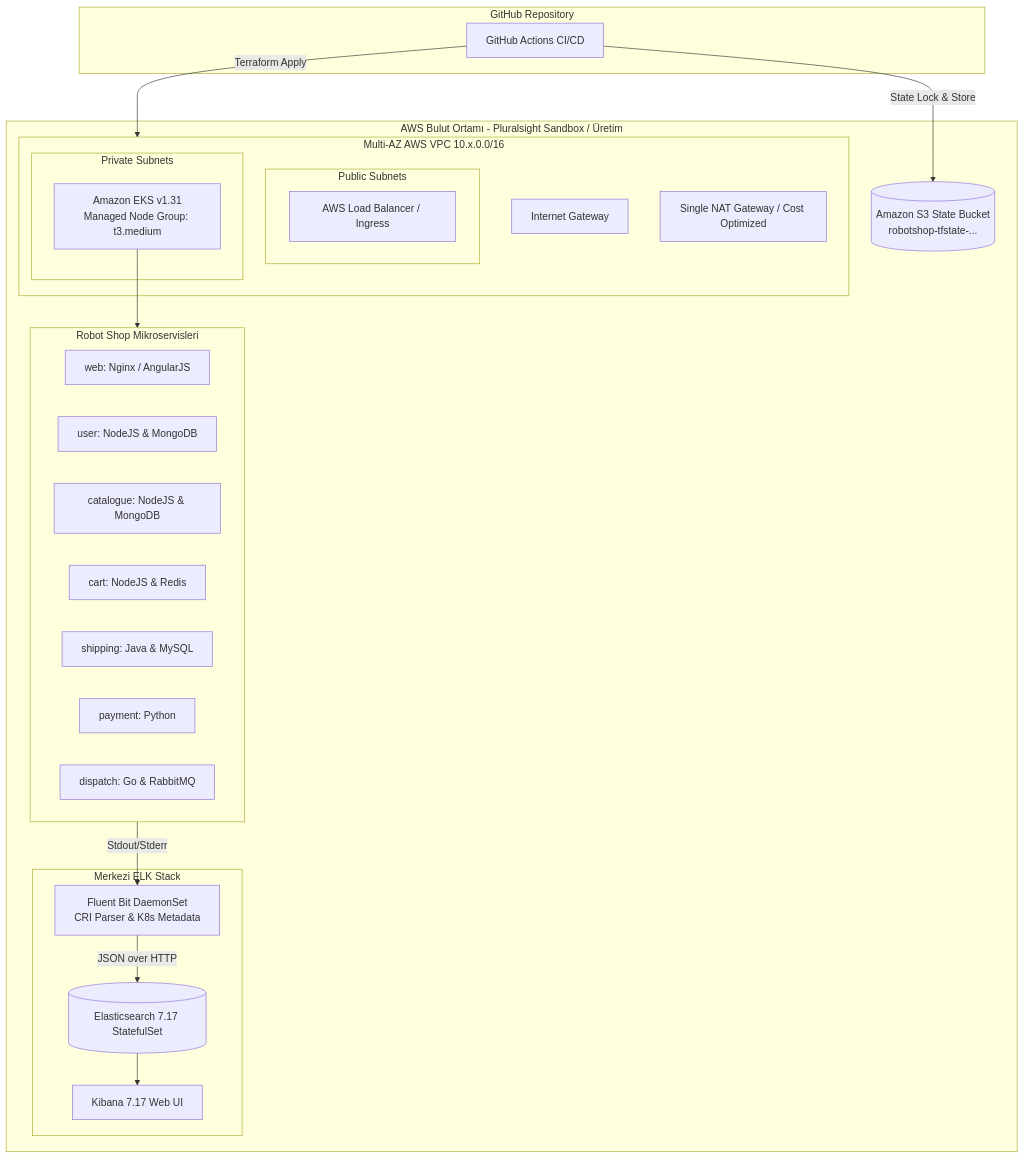
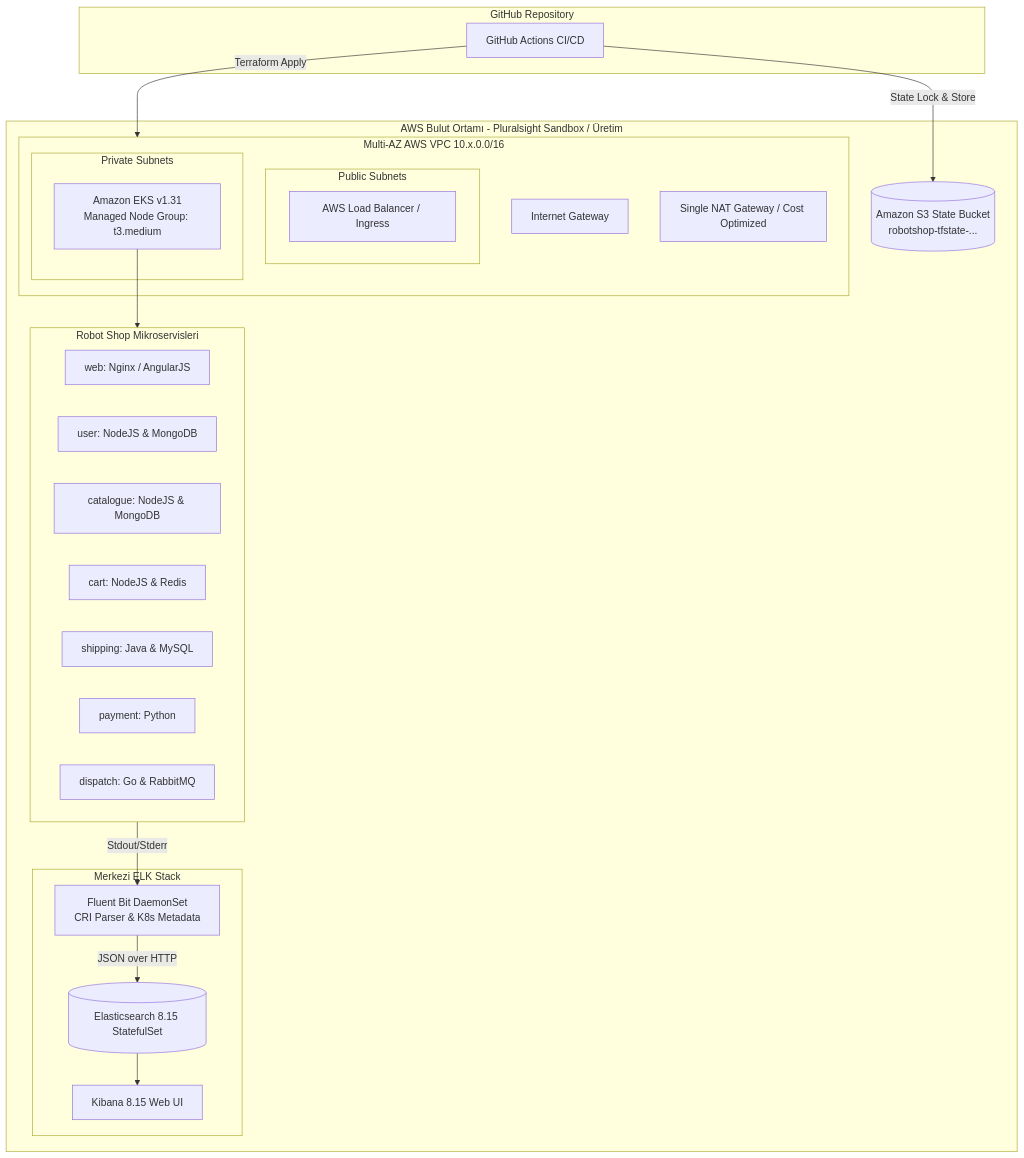
Before and after one commit to devopsatolyesi-labs/ecommerce-aws-elk-platform: the diagram in docs/FULL_SETUP_AND_OPERATIONS_GUIDE.md, drawn with Mermaid. The commit also changed other lines of this file and 5 other files, not shown here.

````diff
--- a/docs/FULL_SETUP_AND_OPERATIONS_GUIDE.md
+++ b/docs/FULL_SETUP_AND_OPERATIONS_GUIDE.md
@@ -23,46 +23,46 @@
 ```mermaid
 flowchart TD
     subgraph GITHUB [GitHub Repository]
         GHA[GitHub Actions CI/CD]
     end
 
     subgraph AWS_CLOUD [AWS Bulut Ortamı - Pluralsight Sandbox / Üretim]
         S3[(Amazon S3 State Bucket\nrobotshop-tfstate-...)]
 
         subgraph VPC [Multi-AZ AWS VPC 10.x.0.0/16]
             IGW[Internet Gateway]
             NAT[Single NAT Gateway / Cost Optimized]
             
             subgraph PUBLIC_SUBNETS [Public Subnets]
                 ALB[AWS Load Balancer / Ingress]
             end
 
             subgraph PRIVATE_SUBNETS [Private Subnets]
                 EKS[Amazon EKS v1.31\nManaged Node Group: t3.medium]
             end
         end
 
         subgraph APP [Robot Shop Mikroservisleri]
             WEB[web: Nginx / AngularJS]
             USER[user: NodeJS & MongoDB]
             CAT[catalogue: NodeJS & MongoDB]
             CART[cart: NodeJS & Redis]
             SHIP[shipping: Java & MySQL]
             PAY[payment: Python]
             DISP[dispatch: Go & RabbitMQ]
         end
 
         subgraph LOGGING [Merkezi ELK Stack]
             FB[Fluent Bit DaemonSet\nCRI Parser & K8s Metadata]
-            ES[(Elasticsearch 7.17 StatefulSet)]
-            KIB[Kibana 7.17 Web UI]
+            ES[(Elasticsearch 8.15 StatefulSet)]
+            KIB[Kibana 8.15 Web UI]
         end
     end
 
     GHA -->|Terraform Apply| VPC
     GHA -->|State Lock & Store| S3
     EKS --> APP
     APP -->|Stdout/Stderr| FB
     FB -->|JSON over HTTP| ES
     ES --> KIB
 ```
````
